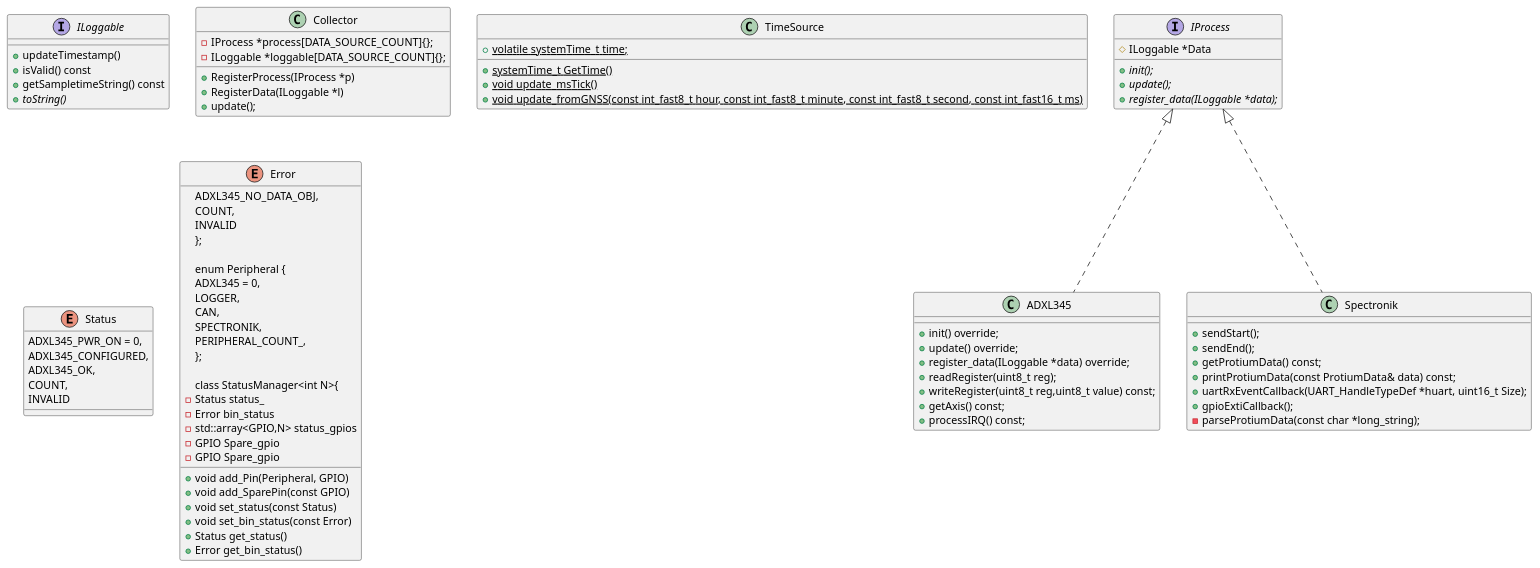
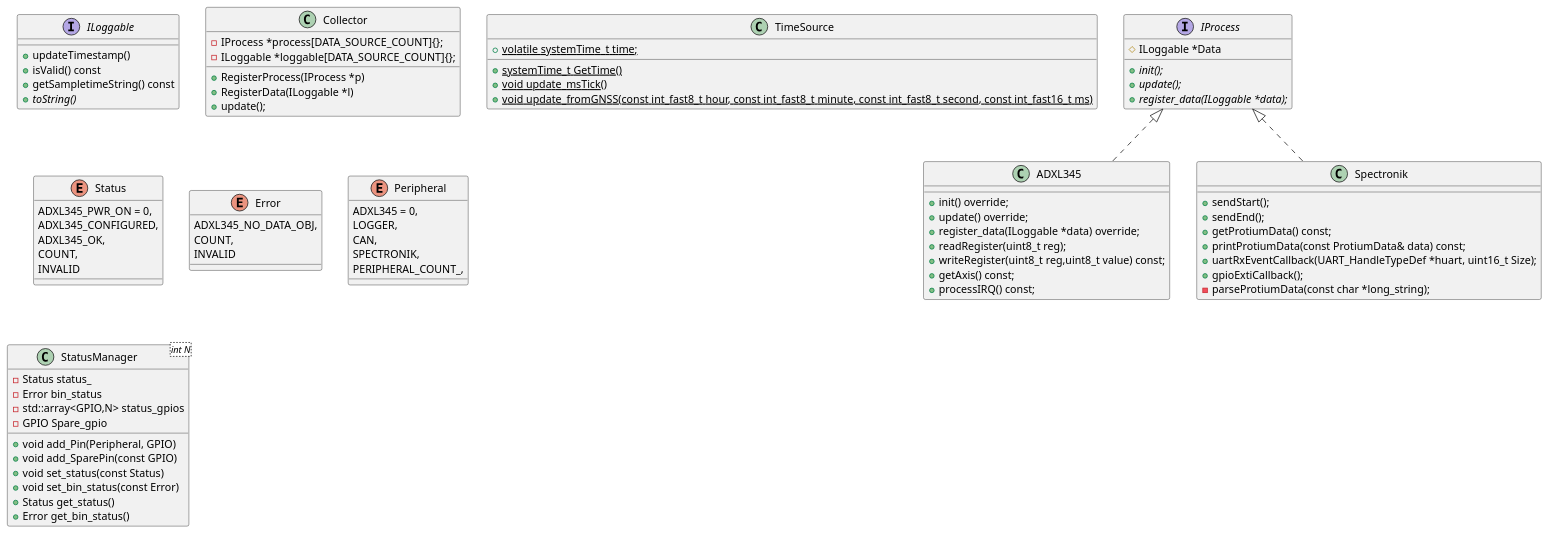
Before and after one commit to Svdwege/wikiWip: the diagram in class_diagram.puml, drawn with PlantUML.

Commit message:
docs: enums fixedw

```diff
--- a/class_diagram.puml
+++ b/class_diagram.puml
@@ -1,90 +1,89 @@
 @startuml
  
 Interface ILoggable {
     + updateTimestamp() 
     + isValid() const
     + getSampletimeString() const
     {abstract} + toString()
 
 }
 Interface IProcess {
     # ILoggable *Data
     {abstract} + init();
     {abstract} + update();
     {abstract} + register_data(ILoggable *data);
 }
 
 
 class ADXL345 implements IProcess {
     + init() override;
     + update() override;
     + register_data(ILoggable *data) override;
     + readRegister(uint8_t reg);
     + writeRegister(uint8_t reg,uint8_t value) const;
     + getAxis() const;
     + processIRQ() const;
 }
 
 class Spectronik implements IProcess {
     + sendStart();
     + sendEnd();
     + getProtiumData() const;
     + printProtiumData(const ProtiumData& data) const;
     + uartRxEventCallback(UART_HandleTypeDef *huart, uint16_t Size);
     + gpioExtiCallback();
     - parseProtiumData(const char *long_string);
 }
 
 class Collector {
     + RegisterProcess(IProcess *p)
     + RegisterData(ILoggable *l)
     + update();
     - IProcess *process[DATA_SOURCE_COUNT]{};
     - ILoggable *loggable[DATA_SOURCE_COUNT]{};
 }
 
 class TimeSource {
     + {static} systemTime_t GetTime()
     + volatile {static} systemTime_t time;
     + {static} void update_msTick()
     + {static} void update_fromGNSS(const int_fast8_t hour, const int_fast8_t minute, const int_fast8_t second, const int_fast16_t ms) 
 }
 
 enum Status {
     ADXL345_PWR_ON = 0,
     ADXL345_CONFIGURED,
     ADXL345_OK,
     COUNT,
     INVALID
 
 }
 
 enum Error {
     ADXL345_NO_DATA_OBJ,
     COUNT,
     INVALID
-};
+}
 
 enum Peripheral {
     ADXL345 = 0,
     LOGGER,
     CAN,
     SPECTRONIK,
     PERIPHERAL_COUNT_,
-};
+}
 
 class StatusManager<int N>{
     + void add_Pin(Peripheral, GPIO)
     + void add_SparePin(const GPIO)
     + void set_status(const Status)
     + void set_bin_status(const Error)
     + Status get_status()
     + Error get_bin_status()
     - Status status_
     - Error bin_status
     - std::array<GPIO,N> status_gpios
     - GPIO Spare_gpio
-    - GPIO Spare_gpio
 }   
 
 @enduml
```
